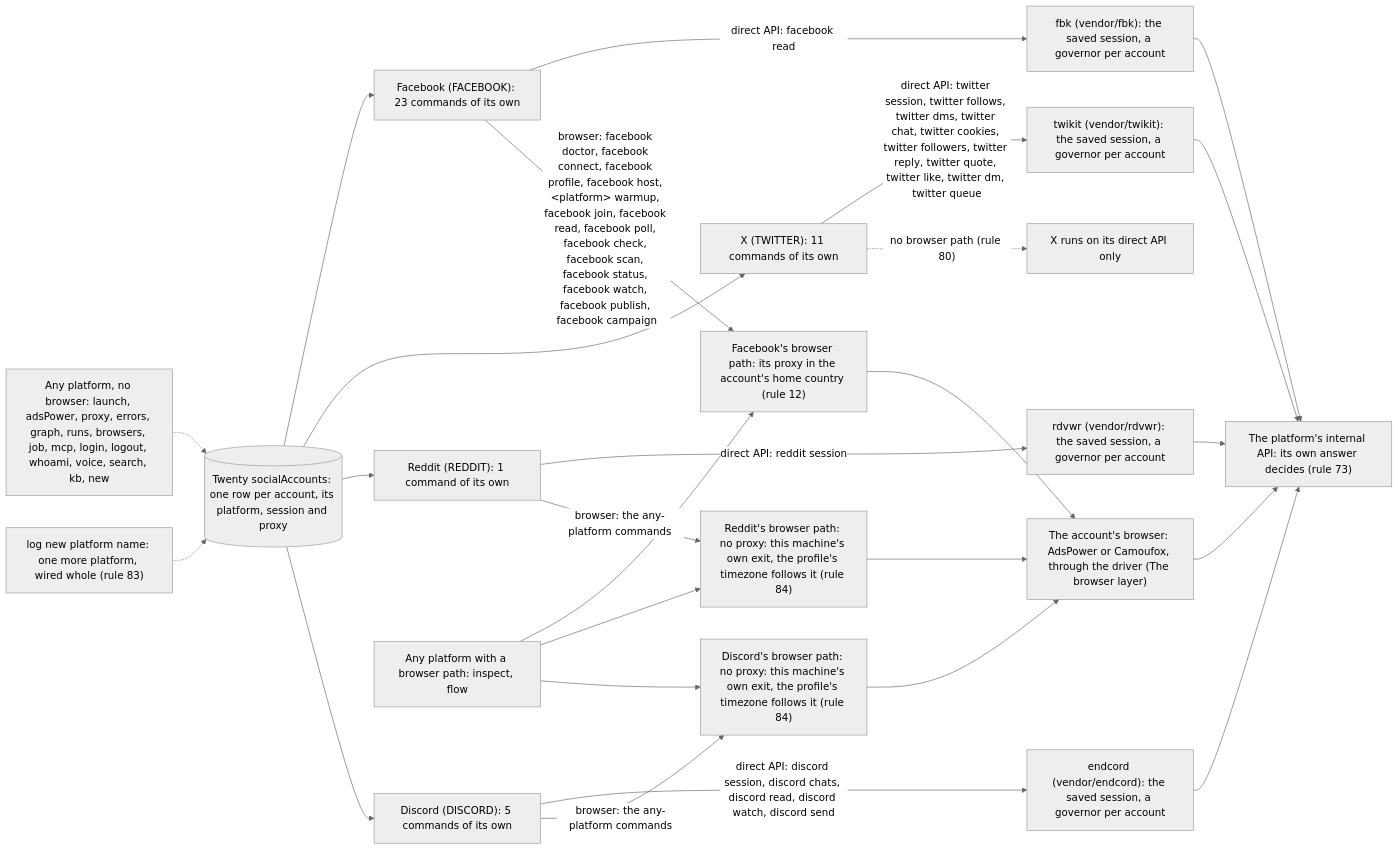
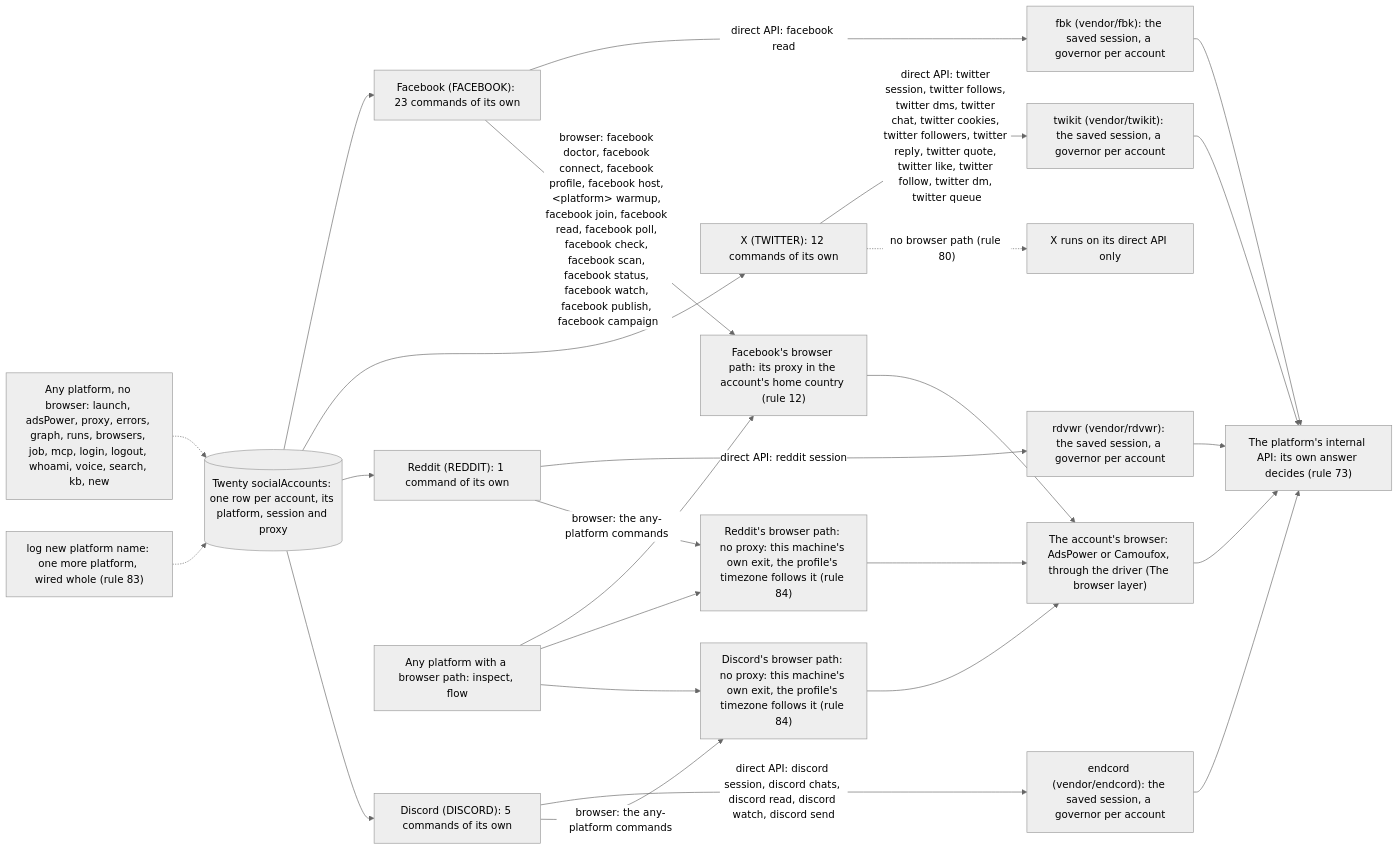
Before and after one commit to matthewdonsemail-lab/log: the diagram in docs/diagrams/platforms.mmd, drawn with Mermaid (neutral theme). The commit also changed 19 other files, not shown here.

Commit message:
log twitter follow, and the network-maxing play

```diff
--- a/docs/diagrams/platforms.mmd
+++ b/docs/diagrams/platforms.mmd
@@ -1,37 +1,37 @@
 %% The platforms. log-cli is platform-agnostic: each platform is a row in `PLATFORMS` and `PLATFORM_SITES` (`src/cli/runner/helpers/platforms.ts`), with its direct-API client from `DIRECT_ROUTES` (`src/directApi/engine`) and its browser path, with or without a proxy. A new one is made by `log new platform <name>` (rule 83).
 %% Written by `bun run docs:build` from the code (rule 56). Not edited by hand.
 flowchart LR
   twenty[("Twenty socialAccounts: one row per account, its platform, session and proxy")]
   api["The platform's internal API: its own answer decides (rule 73)"]
   drivers["The account's browser: AdsPower or Camoufox, through the driver (The browser layer)"]
   p_facebook["Facebook (FACEBOOK): 23 commands of its own"]
   twenty --> p_facebook
   p_facebook -->|"direct API: facebook read"| e_fbk["fbk (vendor/fbk): the saved session, a governor per account"]
   e_fbk --> api
   p_facebook -->|"browser: facebook doctor, facebook connect, facebook profile, facebook host, #lt;platform#gt; warmup, facebook join, facebook read, facebook poll, facebook check, facebook scan, facebook status, facebook watch, facebook publish, facebook campaign"| b_facebook["Facebook's browser path: its proxy in the account's home country (rule 12)"]
   b_facebook --> drivers
-  p_twitter["X (TWITTER): 11 commands of its own"]
+  p_twitter["X (TWITTER): 12 commands of its own"]
   twenty --> p_twitter
-  p_twitter -->|"direct API: twitter session, twitter follows, twitter dms, twitter chat, twitter cookies, twitter followers, twitter reply, twitter quote, twitter like, twitter dm, twitter queue"| e_twikit["twikit (vendor/twikit): the saved session, a governor per account"]
+  p_twitter -->|"direct API: twitter session, twitter follows, twitter dms, twitter chat, twitter cookies, twitter followers, twitter reply, twitter quote, twitter like, twitter follow, twitter dm, twitter queue"| e_twikit["twikit (vendor/twikit): the saved session, a governor per account"]
   e_twikit --> api
   p_twitter -.->|"no browser path (rule 80)"| nob_twitter["X runs on its direct API only"]
   p_reddit["Reddit (REDDIT): 1 command of its own"]
   twenty --> p_reddit
   p_reddit -->|"direct API: reddit session"| e_rdvwr["rdvwr (vendor/rdvwr): the saved session, a governor per account"]
   e_rdvwr --> api
   p_reddit -->|"browser: the any-platform commands"| b_reddit["Reddit's browser path: no proxy: this machine's own exit, the profile's timezone follows it (rule 84)"]
   b_reddit --> drivers
   p_discord["Discord (DISCORD): 5 commands of its own"]
   twenty --> p_discord
   p_discord -->|"direct API: discord session, discord chats, discord read, discord watch, discord send"| e_endcord["endcord (vendor/endcord): the saved session, a governor per account"]
   e_endcord --> api
   p_discord -->|"browser: the any-platform commands"| b_discord["Discord's browser path: no proxy: this machine's own exit, the profile's timezone follows it (rule 84)"]
   b_discord --> drivers
   anyB["Any platform with a browser path: inspect, flow"]
   anyB --> b_facebook
   anyB --> b_reddit
   anyB --> b_discord
   anyN["Any platform, no browser: launch, adsPower, proxy, errors, graph, runs, browsers, job, mcp, login, logout, whoami, voice, search, kb, new"]
   anyN -.-> twenty
   newP["log new platform name: one more platform, wired whole (rule 83)"] -.-> twenty
   drivers --> api
```
